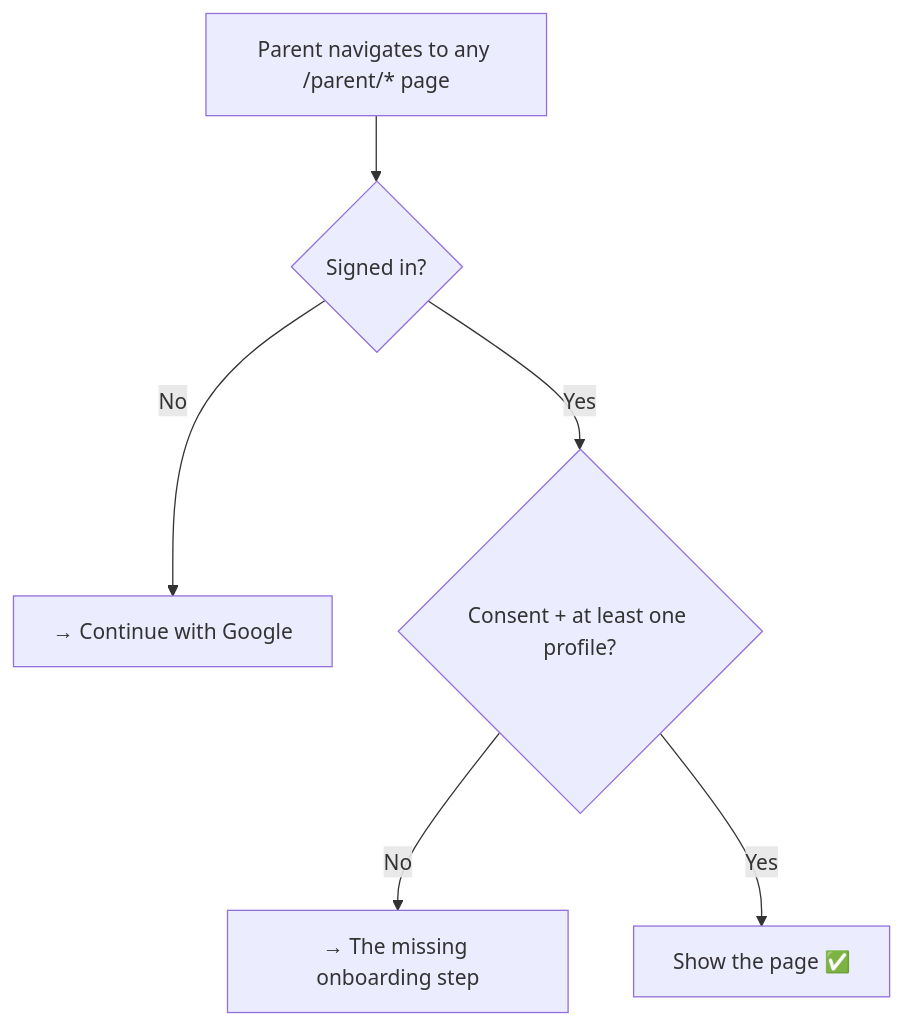
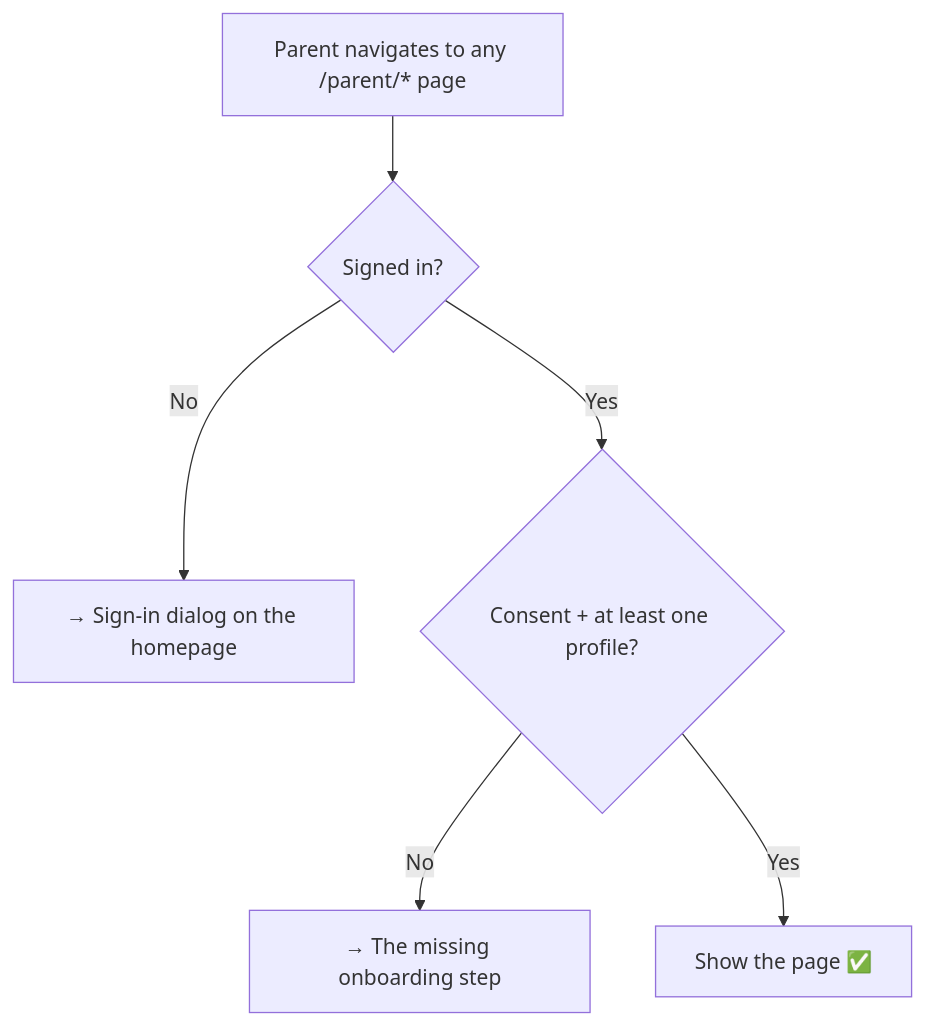
Diagram 15 of 28 in document/user-journey-manual.md (salmanbd100/kidlearn), drawn with Mermaid before and after one commit. The commit also changed other lines of this file and 30 other files, not shown here.

````diff
--- a/document/user-journey-manual.md
+++ b/document/user-journey-manual.md
@@ -459,8 +459,8 @@
 ```mermaid
 flowchart TD
     Enter[Parent navigates to any /parent/* page] --> Signed{Signed in?}
-    Signed -->|No| Login[→ Continue with Google]
+    Signed -->|No| Login["→ Sign-in dialog on the homepage"]
     Signed -->|Yes| Onboarded{Consent + at least one profile?}
     Onboarded -->|No| Steps[→ The missing onboarding step]
     Onboarded -->|Yes| Allow[Show the page ✅]
 ```
````
